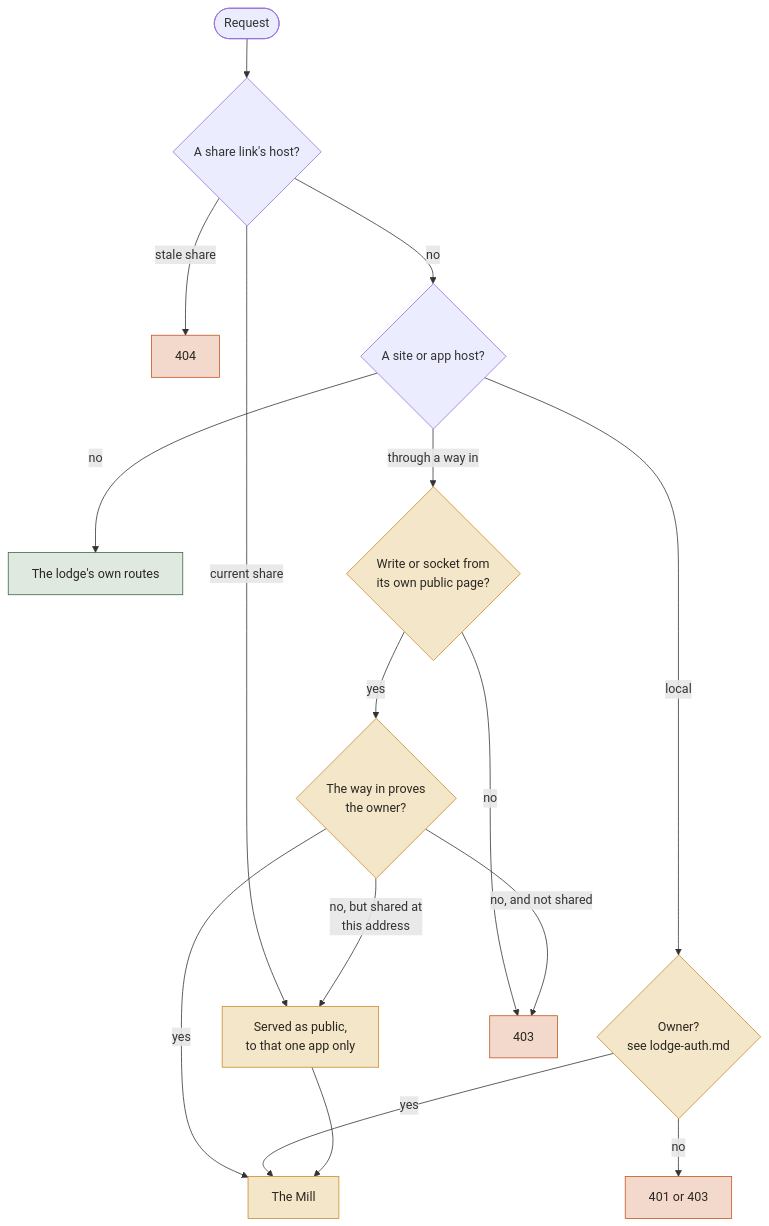
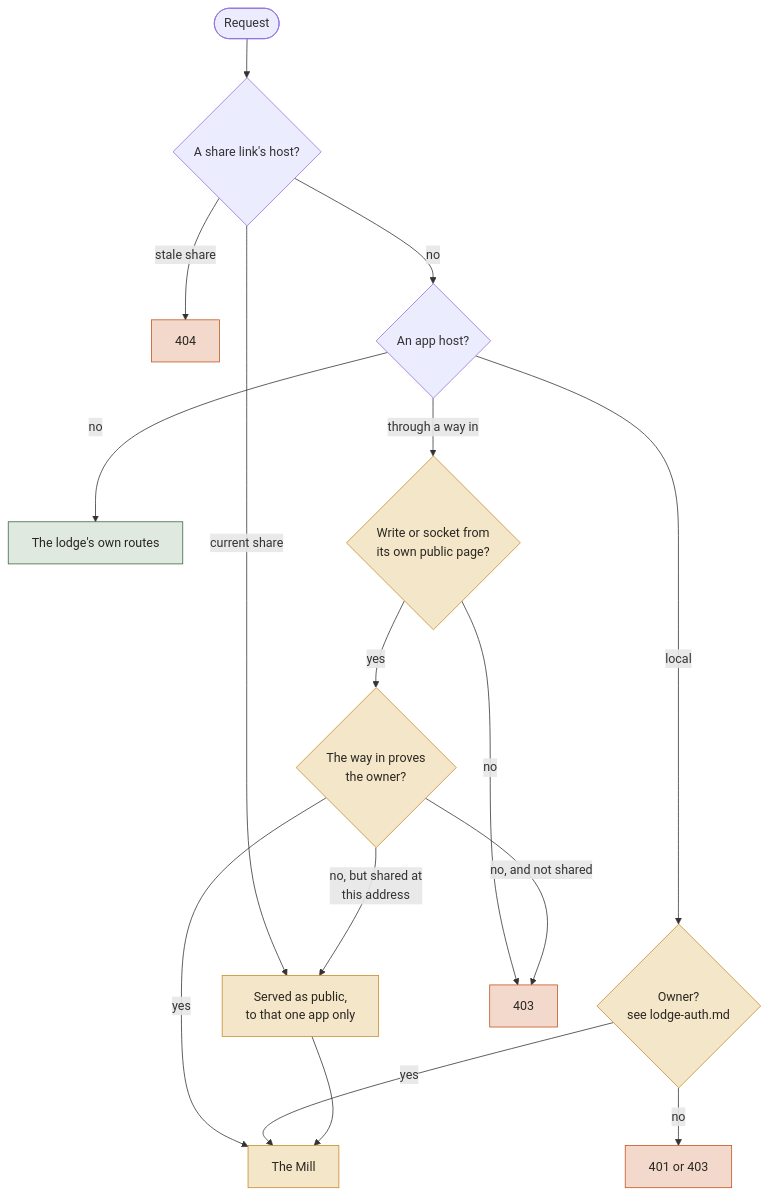
Before and after one commit to jerpint/woltspace: the second of 5 diagrams in docs/0.6.md, drawn with Mermaid. The commit also changed other lines of this file and 8 other files, not shown here.

````diff
--- a/docs/0.6.md
+++ b/docs/0.6.md
@@ -70,21 +59,21 @@
 ```mermaid
 flowchart TD
   R([Request]) --> S{A share link's host?}
   S -- current share --> PB[Served as public,<br>to that one app only]:::new
   S -- stale share --> N[404]:::bad
-  S -- no --> C{A site or app host?}
+  S -- no --> C{An app host?}
   C -- no --> LG[The lodge's own routes]:::ok
   C -- local --> LO{Owner?<br>see lodge-auth.md}:::new
   C -- through a way in --> ORI{Write or socket from<br>its own public page?}:::new
   ORI -- no --> F[403]:::bad
   ORI -- yes --> OW{The way in proves<br>the owner?}:::new
   OW -- no, and not shared --> F
   OW -- yes --> MI[The Mill]:::new
   OW -- no, but shared at<br>this address --> PB
   LO -- no --> F2[401 or 403]:::bad
   LO -- yes --> MI
   PB --> MI
   classDef ok fill:#dfe9df,stroke:#3A6644,color:#2a2622
   classDef new fill:#f4e6c8,stroke:#C98B2A,color:#2a2622
   classDef bad fill:#f3d9cc,stroke:#C4531E,color:#2a2622
 ```
````
